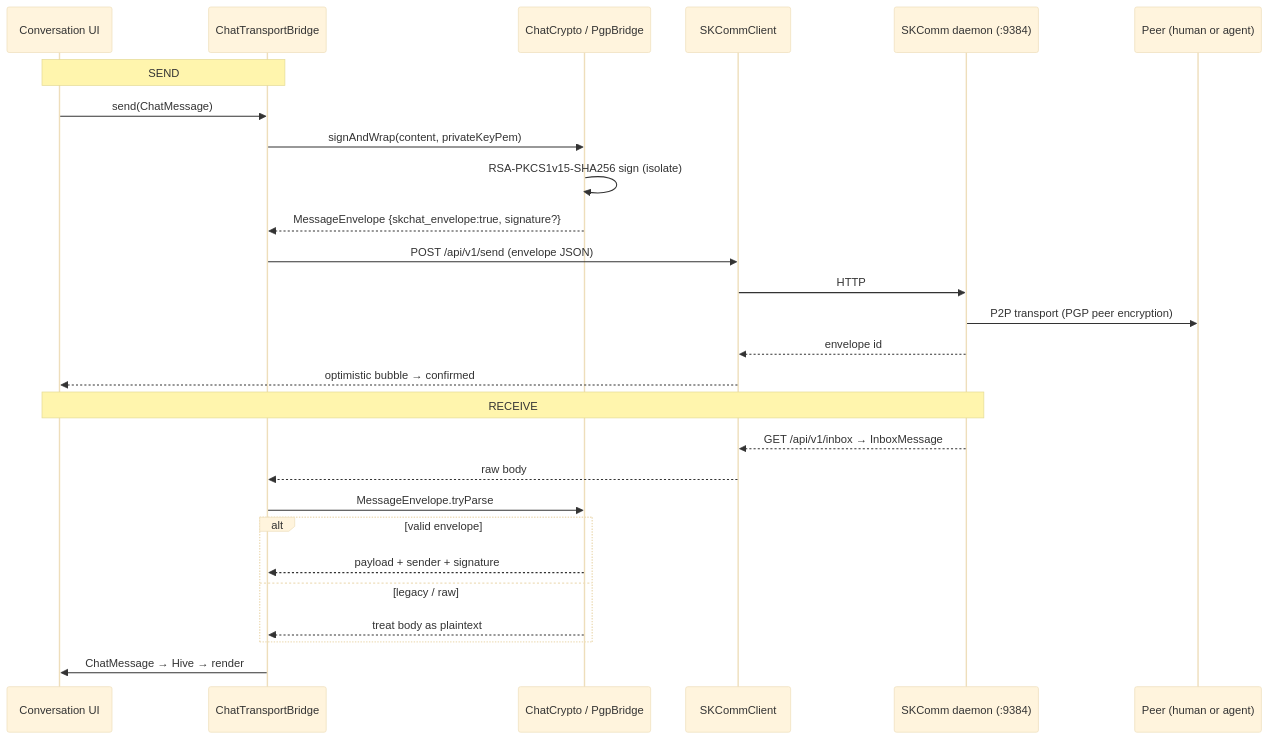
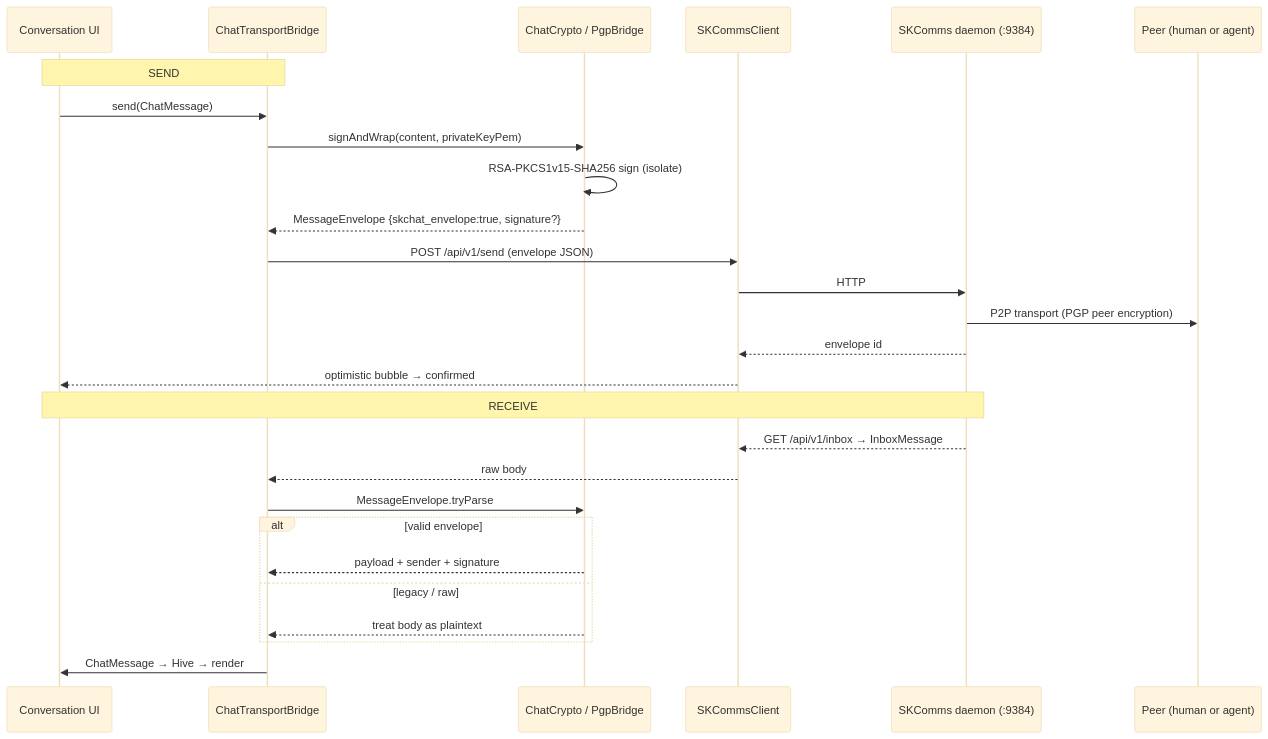
One commit to smilinTux/skchat-app changed the second of 4 diagrams in docs/ARCHITECTURE.md. Above: the diagram before and after it, drawn with Mermaid (base theme). The commit also changed other lines of this file and 35 other files, not shown here.

Commit message:
refactor: skcomm→skcomms across app (files, identifiers, docs)

````diff
--- a/docs/ARCHITECTURE.md
+++ b/docs/ARCHITECTURE.md
@@ -74,31 +74,31 @@
 ```mermaid
 sequenceDiagram
     participant UI as Conversation UI
     participant B as ChatTransportBridge
     participant C as ChatCrypto / PgpBridge
-    participant S as SKCommClient
-    participant D as SKComm daemon (:9384)
+    participant S as SKCommsClient
+    participant D as SKComms daemon (:9384)
     participant P as Peer (human or agent)
 
     Note over UI,B: SEND
     UI->>B: send(ChatMessage)
     B->>C: signAndWrap(content, privateKeyPem)
     C->>C: RSA-PKCS1v15-SHA256 sign (isolate)
     C-->>B: MessageEnvelope {skchat_envelope:true, signature?}
     B->>S: POST /api/v1/send (envelope JSON)
     S->>D: HTTP
     D->>P: P2P transport (PGP peer encryption)
     D-->>S: envelope id
     S-->>UI: optimistic bubble → confirmed
 
     Note over D,UI: RECEIVE
     D-->>S: GET /api/v1/inbox → InboxMessage
     S-->>B: raw body
     B->>C: MessageEnvelope.tryParse
     alt valid envelope
         C-->>B: payload + sender + signature
     else legacy / raw
         C-->>B: treat body as plaintext
     end
     B->>UI: ChatMessage → Hive → render
 ```
````
